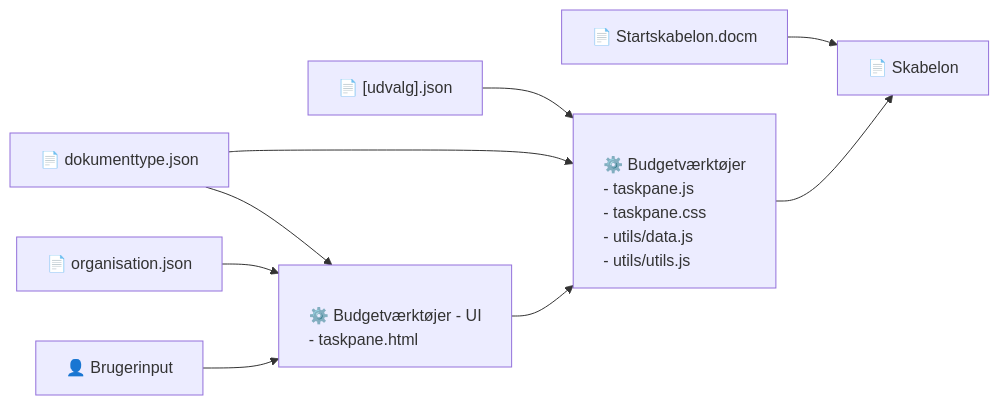
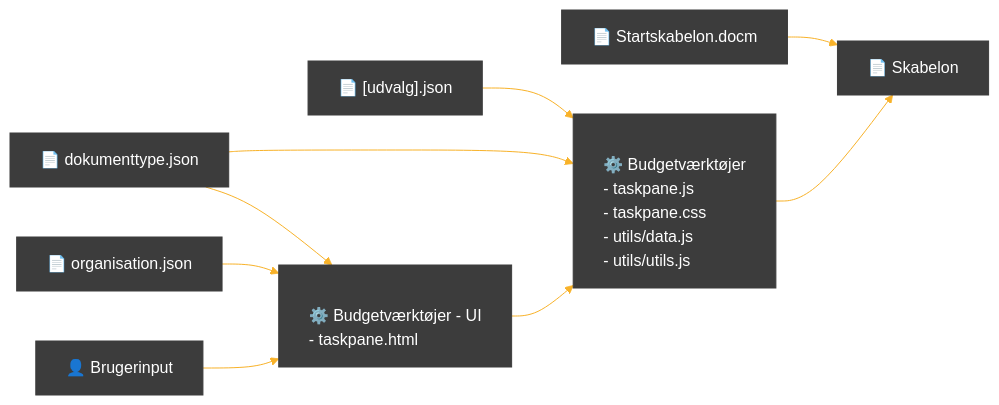
Before and after one commit to Randers-Kommune-Digitalisering/budget-word-app: the second of 3 diagrams in README.md, drawn with Mermaid. The commit also changed other lines of this file, not shown here.

````diff
--- a/README.md
+++ b/README.md
@@ -37,33 +52,49 @@
 ```mermaid
+
+%%{
+  init: {
+    'theme': 'base',
+    'themeVariables': {
+      'primaryColor': '#3c3c3c',
+      'primaryTextColor': '#fff',
+      'primaryBorderColor': '#3c3c3c',
+      'lineColor': '#F8B229',
+      'secondaryColor': '#616161',
+      'tertiaryColor': '#616161',
+      'tertiaryTextColor': '#fff'
+    }
+  }
+}%%
+
 flowchart LR
     %% Inputs
     json1[📄 dokumenttype.json] 
     json2[📄 organisation.json] 
     json3["📄 [udvalg].json"] 
     user[👤 Brugerinput] 
     docm[📄 Startskabelon.docm]
     skabelon[📄 Skabelon]
     UI[<div style='text-align:left'>
     ⚙️ Budgetværktøjer - UI
           - taskpane.html
     </div>]
     motor[<div style='text-align:left'>
     ⚙️ Budgetværktøjer 
           - taskpane.js
           - taskpane.css
           - utils/data.js
           - utils/utils.js
     </div>] 
 
     json3 --> motor
     json2 --> UI
     json1 --> motor
     json1 --> UI
 
     user --> UI
 
     UI --> motor
 
     motor --> skabelon
     docm --> skabelon
 ``` 
````
